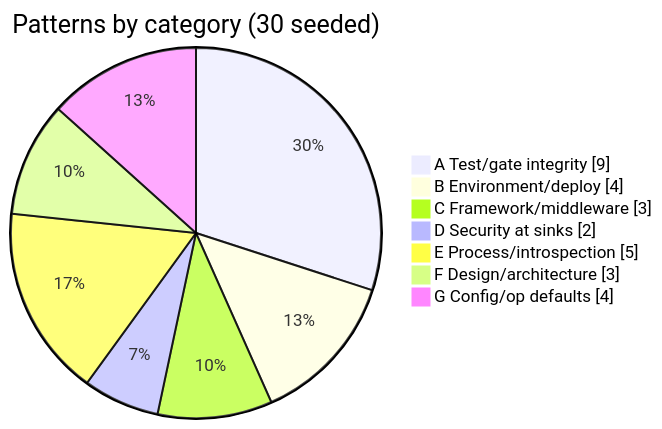
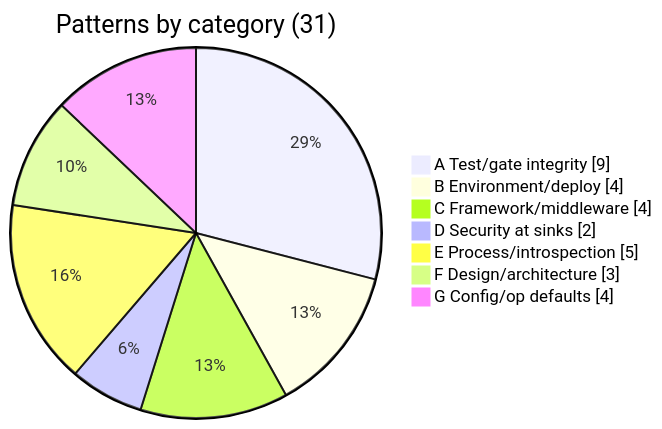
The second of 2 diagrams in docs/strategy/ENGINEERING_LESSONS_AND_PATTERNS.md (pranems/SCIMServer), drawn with Mermaid before and after one commit. The commit also changed other lines of this file and 18 other files, not shown here.

````diff
--- a/docs/strategy/ENGINEERING_LESSONS_AND_PATTERNS.md
+++ b/docs/strategy/ENGINEERING_LESSONS_AND_PATTERNS.md
@@ -92,11 +92,11 @@
 ```mermaid
 pie showData
-    title Patterns by category (30 seeded)
+    title Patterns by category (31)
     "A Test/gate integrity" : 9
     "B Environment/deploy" : 4
-    "C Framework/middleware" : 3
+    "C Framework/middleware" : 4
     "D Security at sinks" : 2
     "E Process/introspection" : 5
     "F Design/architecture" : 3
     "G Config/op defaults" : 4
 ```
````
